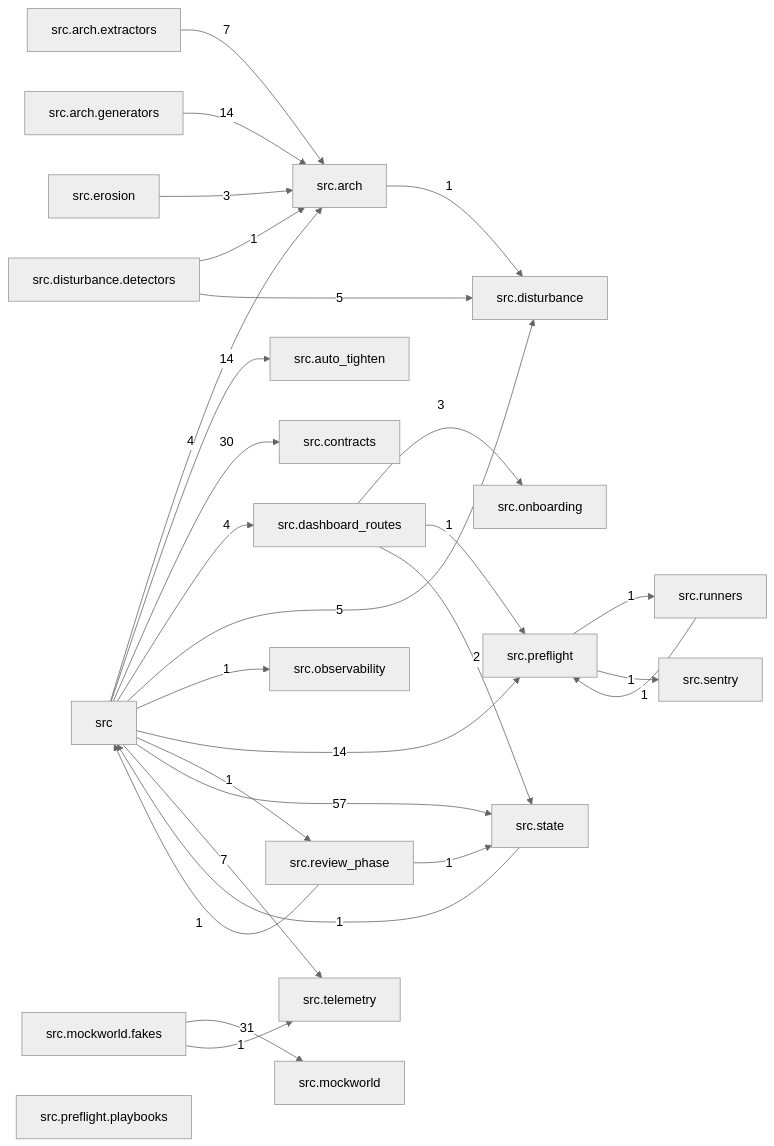
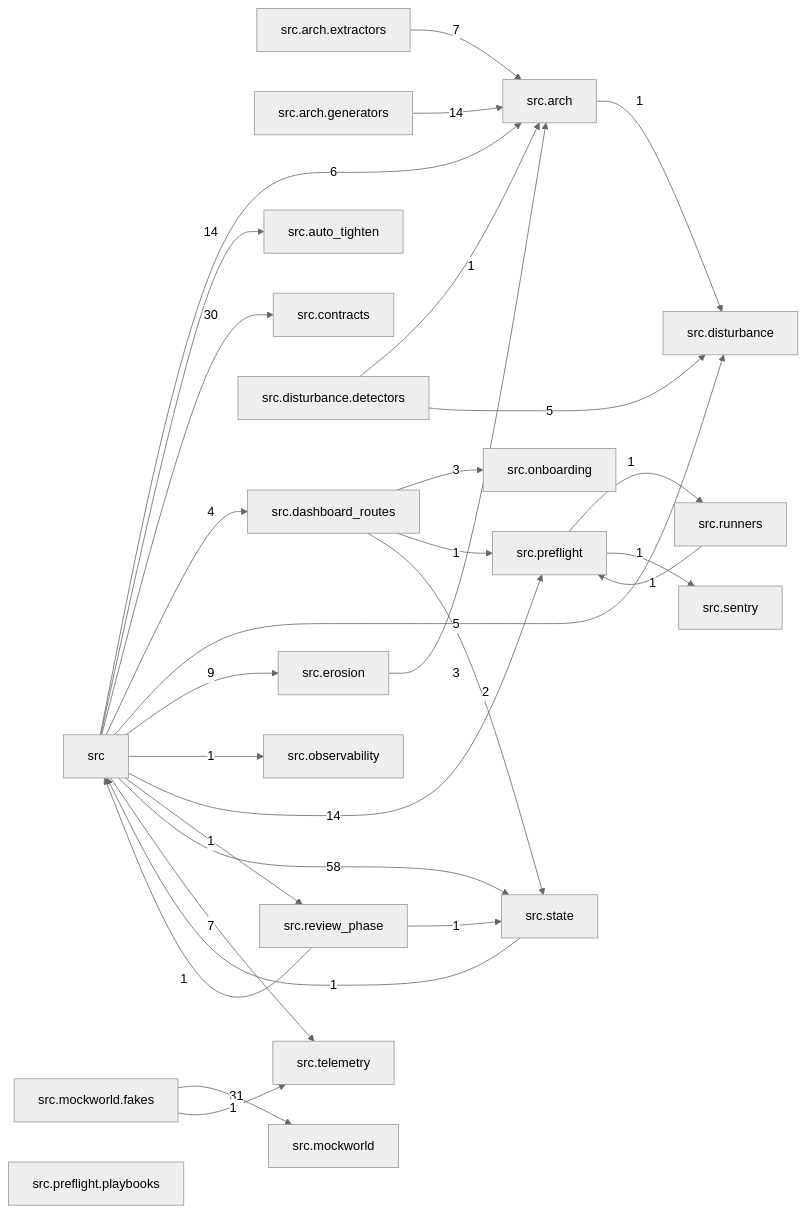
One commit to T-rav/hydraflow changed the diagram in docs/arch/generated/modules.md. Above: the diagram before and after it, drawn with Mermaid (neutral theme). The commit also changed 23 other files, not shown here.

````diff
--- a/docs/arch/generated/modules.md
+++ b/docs/arch/generated/modules.md
@@ -7,51 +7,52 @@
 ```mermaid
 graph LR
     src["src"]
     src_arch["src.arch"]
     src_arch_extractors["src.arch.extractors"]
     src_arch_generators["src.arch.generators"]
     src_auto_tighten["src.auto_tighten"]
     src_contracts["src.contracts"]
     src_dashboard_routes["src.dashboard_routes"]
     src_disturbance["src.disturbance"]
     src_disturbance_detectors["src.disturbance.detectors"]
     src_erosion["src.erosion"]
     src_mockworld["src.mockworld"]
     src_mockworld_fakes["src.mockworld.fakes"]
     src_observability["src.observability"]
     src_onboarding["src.onboarding"]
     src_preflight["src.preflight"]
     src_preflight_playbooks["src.preflight.playbooks"]
     src_review_phase["src.review_phase"]
     src_runners["src.runners"]
     src_sentry["src.sentry"]
     src_state["src.state"]
     src_telemetry["src.telemetry"]
-    src -- "4" --> src_arch
+    src -- "6" --> src_arch
     src -- "14" --> src_auto_tighten
     src -- "30" --> src_contracts
     src -- "4" --> src_dashboard_routes
     src -- "5" --> src_disturbance
+    src -- "9" --> src_erosion
     src -- "1" --> src_observability
     src -- "14" --> src_preflight
     src -- "1" --> src_review_phase
-    src -- "57" --> src_state
+    src -- "58" --> src_state
     src -- "7" --> src_telemetry
     src_arch -- "1" --> src_disturbance
     src_arch_extractors -- "7" --> src_arch
     src_arch_generators -- "14" --> src_arch
     src_dashboard_routes -- "3" --> src_onboarding
     src_dashboard_routes -- "1" --> src_preflight
     src_dashboard_routes -- "2" --> src_state
     src_disturbance_detectors -- "1" --> src_arch
     src_disturbance_detectors -- "5" --> src_disturbance
     src_erosion -- "3" --> src_arch
     src_mockworld_fakes -- "31" --> src_mockworld
     src_mockworld_fakes -- "1" --> src_telemetry
     src_preflight -- "1" --> src_runners
     src_preflight -- "1" --> src_sentry
     src_review_phase -- "1" --> src
     src_review_phase -- "1" --> src_state
     src_runners -- "1" --> src_preflight
     src_state -- "1" --> src
 ```
````
